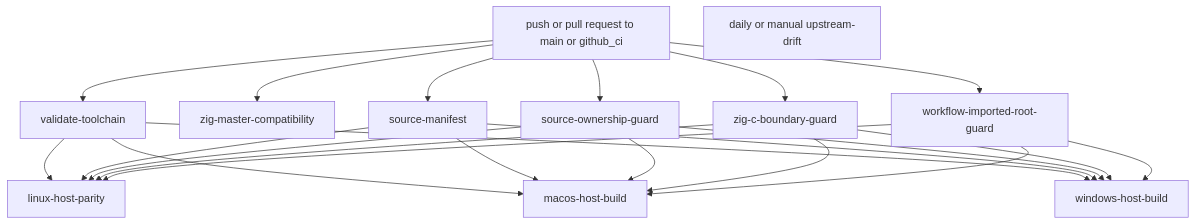
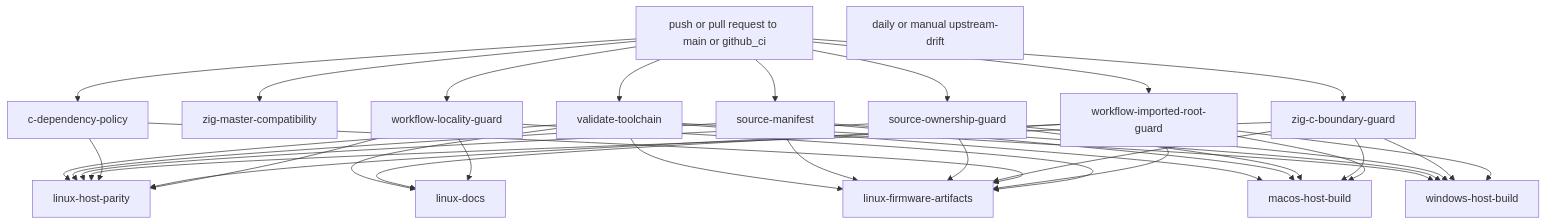
Before and after one commit to ppigazzini/z47: the diagram in zig_docs/60-ci-and-release-workflow.md, drawn with Mermaid. The commit also changed other lines of this file and 3 other files, not shown here.

First line of the commit message:
ci: split Linux docs and firmware lanes

````diff
--- a/zig_docs/60-ci-and-release-workflow.md
+++ b/zig_docs/60-ci-and-release-workflow.md
@@ -21,36 +21,54 @@
 ```mermaid
 flowchart TD
   A[push or pull request to main or github_ci]
   B[validate-toolchain]
   C[zig-master-compatibility]
   D[source-manifest]
   E[source-ownership-guard]
   F[zig-c-boundary-guard]
-  G[workflow-imported-root-guard]
-  H[linux-host-parity]
-  I[macos-host-build]
-  J[windows-host-build]
-  K[daily or manual upstream-drift]
+  G[c-dependency-policy]
+  H[workflow-imported-root-guard]
+  I[workflow-locality-guard]
+  J[linux-host-parity]
+  K[linux-docs]
+  L[linux-firmware-artifacts]
+  M[macos-host-build]
+  N[windows-host-build]
+  O[daily or manual upstream-drift]
 
   A --> B
   A --> C
   A --> D
   A --> E
   A --> F
   A --> G
-  B --> H
-  D --> H
-  E --> H
-  F --> H
-  G --> H
-  B --> I
-  D --> I
-  E --> I
-  F --> I
-  G --> I
+  A --> H
+  A --> I
   B --> J
   D --> J
   E --> J
   F --> J
   G --> J
+  H --> J
+  I --> J
+  B --> K
+  H --> K
+  I --> K
+  B --> L
+  D --> L
+  E --> L
+  F --> L
+  G --> L
+  H --> L
+  I --> L
+  B --> M
+  D --> M
+  E --> M
+  F --> M
+  H --> M
+  B --> N
+  D --> N
+  E --> N
+  F --> N
+  H --> N
 ```
````
